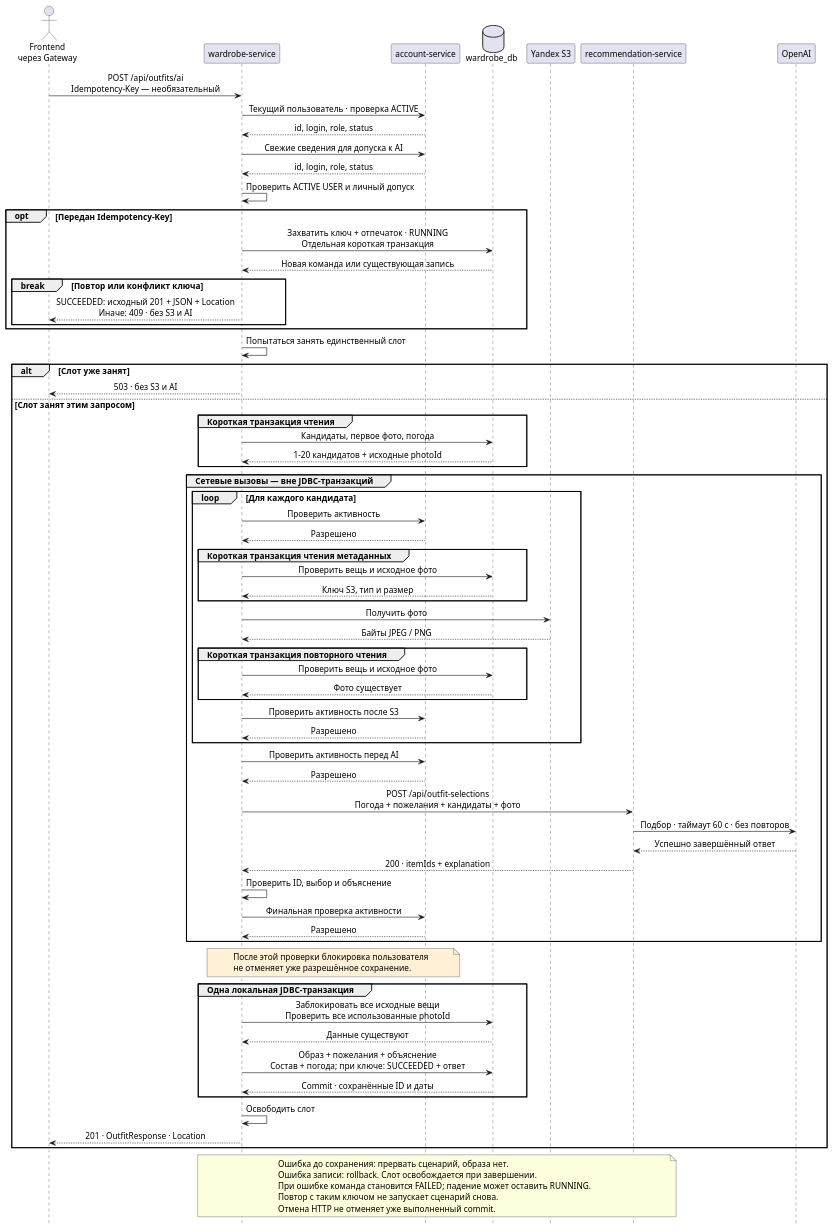
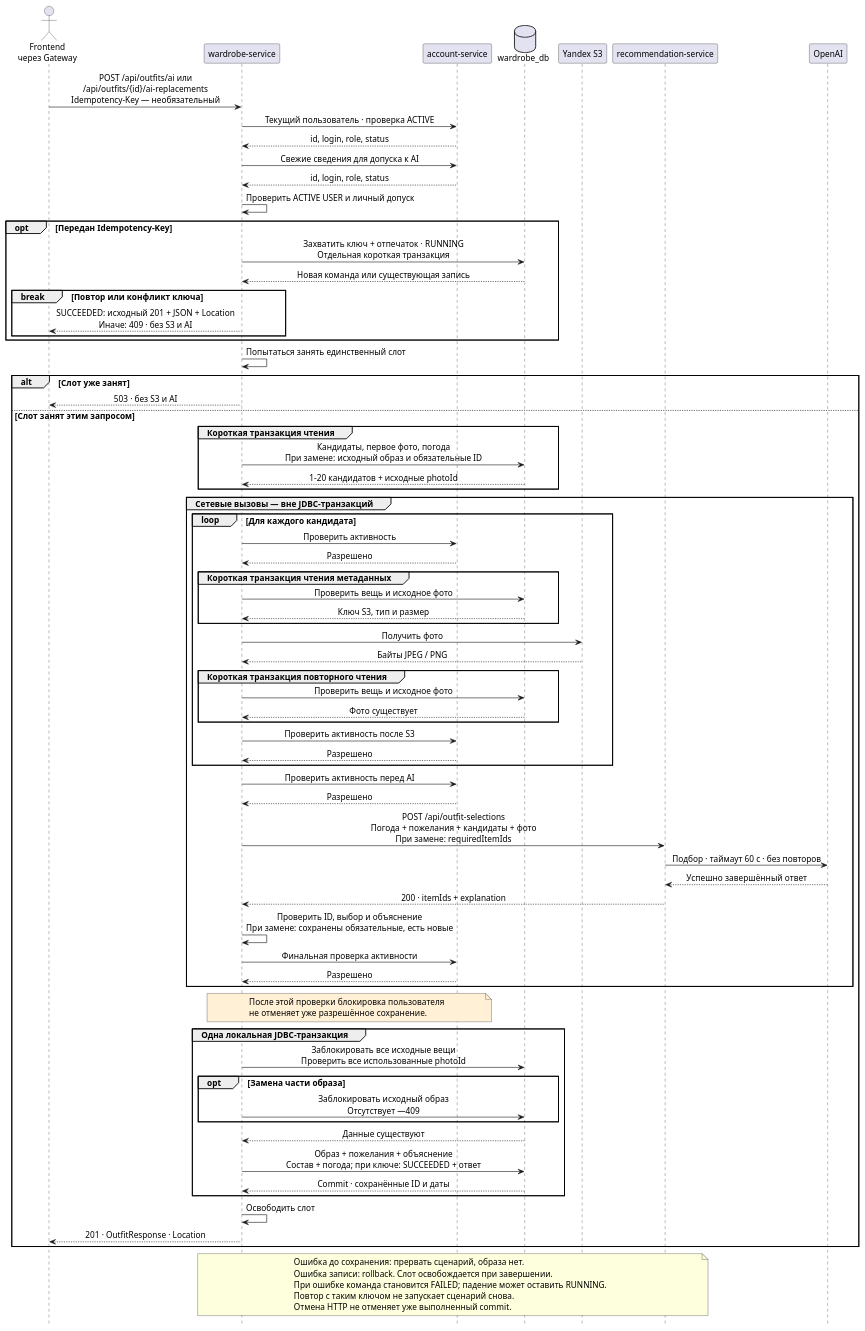
The diagram in docs/lab2/diagrams/ai-selection.puml (SimeonGor/clothes-advisor), drawn with PlantUML before and after one commit. The commit also changed 4 other files, not shown here.

Commit message:
docs(lab2): describe outfit replacements and consistency guarantees

```diff
--- a/docs/lab2/diagrams/ai-selection.puml
+++ b/docs/lab2/diagrams/ai-selection.puml
@@ -1,92 +1,95 @@
 @startuml ai-selection
 skinparam backgroundColor #FFFFFF
 skinparam defaultFontName SansSerif
 skinparam defaultFontSize 14
 skinparam shadowing false
 skinparam sequenceMessageAlign center
 skinparam responseMessageBelowArrow true
 hide footbox
 
 actor "Frontend\nчерез Gateway" as client
 participant "wardrobe-service" as wardrobe
 participant "account-service" as account
 database "wardrobe_db" as db
 participant "Yandex S3" as s3
 participant "recommendation-service" as recommendation
 participant "OpenAI" as ai
 
-client -> wardrobe : POST /api/outfits/ai\nIdempotency-Key — необязательный
+client -> wardrobe : POST /api/outfits/ai или\n/api/outfits/{id}/ai-replacements\nIdempotency-Key — необязательный
 wardrobe -> account : Текущий пользователь · проверка ACTIVE
 account --> wardrobe : id, login, role, status
 wardrobe -> account : Свежие сведения для допуска к AI
 account --> wardrobe : id, login, role, status
 wardrobe -> wardrobe : Проверить ACTIVE USER и личный допуск
 
 opt Передан Idempotency-Key
   wardrobe -> db : Захватить ключ + отпечаток · RUNNING\nОтдельная короткая транзакция
   db --> wardrobe : Новая команда или существующая запись
   break Повтор или конфликт ключа
     wardrobe --> client : SUCCEEDED: исходный 201 + JSON + Location\nИначе: 409 · без S3 и AI
   end
 end
 wardrobe -> wardrobe : Попытаться занять единственный слот
 
 alt Слот уже занят
   wardrobe --> client : 503 · без S3 и AI
 else Слот занят этим запросом
   group Короткая транзакция чтения
-    wardrobe -> db : Кандидаты, первое фото, погода
+    wardrobe -> db : Кандидаты, первое фото, погода\nПри замене: исходный образ и обязательные ID
     db --> wardrobe : 1–20 кандидатов + исходные photoId
   end
 
   group Сетевые вызовы — вне JDBC-транзакций
     loop Для каждого кандидата
       wardrobe -> account : Проверить активность
       account --> wardrobe : Разрешено
       group Короткая транзакция чтения метаданных
         wardrobe -> db : Проверить вещь и исходное фото
         db --> wardrobe : Ключ S3, тип и размер
       end
       wardrobe -> s3 : Получить фото
       s3 --> wardrobe : Байты JPEG / PNG
       group Короткая транзакция повторного чтения
         wardrobe -> db : Проверить вещь и исходное фото
         db --> wardrobe : Фото существует
       end
       wardrobe -> account : Проверить активность после S3
       account --> wardrobe : Разрешено
     end
     wardrobe -> account : Проверить активность перед AI
     account --> wardrobe : Разрешено
-    wardrobe -> recommendation : POST /api/outfit-selections\nПогода + пожелания + кандидаты + фото
+    wardrobe -> recommendation : POST /api/outfit-selections\nПогода + пожелания + кандидаты + фото\nПри замене: requiredItemIds
     recommendation -> ai : Подбор · таймаут 60 с · без повторов
     ai --> recommendation : Успешно завершённый ответ
     recommendation --> wardrobe : 200 · itemIds + explanation
-    wardrobe -> wardrobe : Проверить ID, выбор и объяснение
+    wardrobe -> wardrobe : Проверить ID, выбор и объяснение\nПри замене: сохранены обязательные, есть новые
     wardrobe -> account : Финальная проверка активности
     account --> wardrobe : Разрешено
   end
 
   note over wardrobe, account #FFF0D6
     После этой проверки блокировка пользователя
     не отменяет уже разрешённое сохранение.
   end note
 
   group Одна локальная JDBC-транзакция
     wardrobe -> db : Заблокировать все исходные вещи\nПроверить все использованные photoId
+    opt Замена части образа
+      wardrobe -> db : Заблокировать исходный образ\nОтсутствует —409
+    end
     db --> wardrobe : Данные существуют
     wardrobe -> db : Образ + пожелания + объяснение\nСостав + погода; при ключе: SUCCEEDED + ответ
     db --> wardrobe : Commit · сохранённые ID и даты
   end
   wardrobe -> wardrobe : Освободить слот
   wardrobe --> client : 201 · OutfitResponse · Location
 end
 
 note over wardrobe, recommendation
   Ошибка до сохранения: прервать сценарий, образа нет.
   Ошибка записи: rollback. Слот освобождается при завершении.
   При ошибке команда становится FAILED; падение может оставить RUNNING.
   Повтор с таким ключом не запускает сценарий снова.
   Отмена HTTP не отменяет уже выполненный commit.
 end note
 @enduml
```
